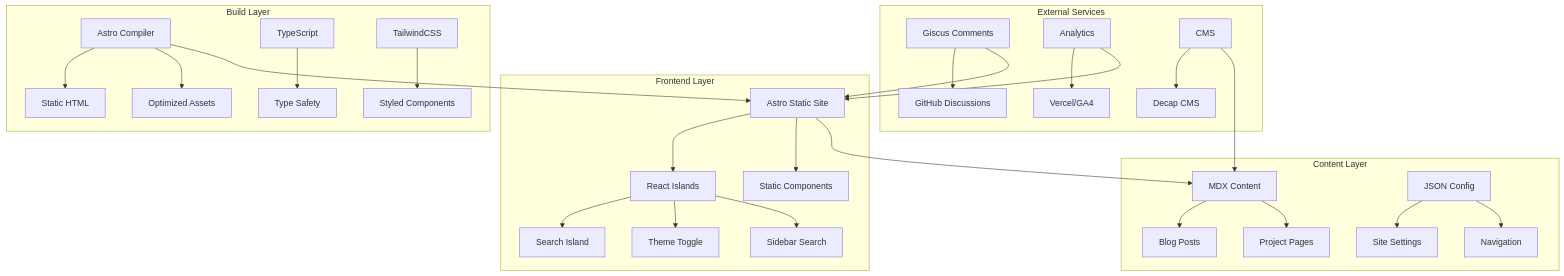
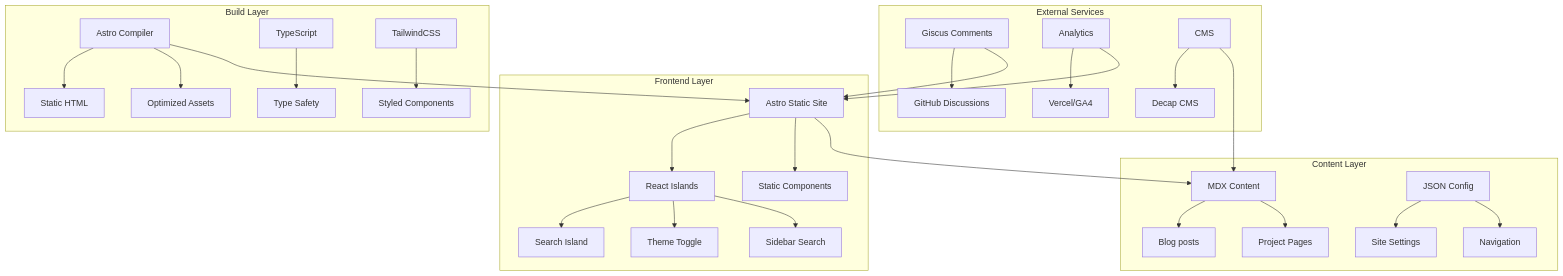
The first of 4 diagrams in memory-bank/systemPatterns.md (tannisanta/slashwrite), drawn with Mermaid before and after one commit. The commit also changed 26 other files, not shown here.

````diff
--- a/memory-bank/systemPatterns.md
+++ b/memory-bank/systemPatterns.md
@@ -19,36 +19,36 @@
 ```mermaid
 graph TB
     subgraph "Frontend Layer"
         A[Astro Static Site] --> B[React Islands]
         A --> C[Static Components]
         B --> D[Search Island]
         B --> E[Theme Toggle]
         B --> F[Sidebar Search]
     end
     
     subgraph "Content Layer"
-        G[MDX Content] --> H[Blog Posts]
+        G[MDX Content] --> H[Blog posts]
         G --> I[Project Pages]
         J[JSON Config] --> K[Site Settings]
         J --> L[Navigation]
     end
     
     subgraph "Build Layer"
         M[Astro Compiler] --> N[Static HTML]
         M --> O[Optimized Assets]
         P[TypeScript] --> Q[Type Safety]
         R[TailwindCSS] --> S[Styled Components]
     end
     
     subgraph "External Services"
         T[Giscus Comments] --> U[GitHub Discussions]
         V[Analytics] --> W[Vercel/GA4]
         X[CMS] --> Y[Decap CMS]
     end
     
     A --> G
     M --> A
     T --> A
     V --> A
     X --> G
 ```
````
